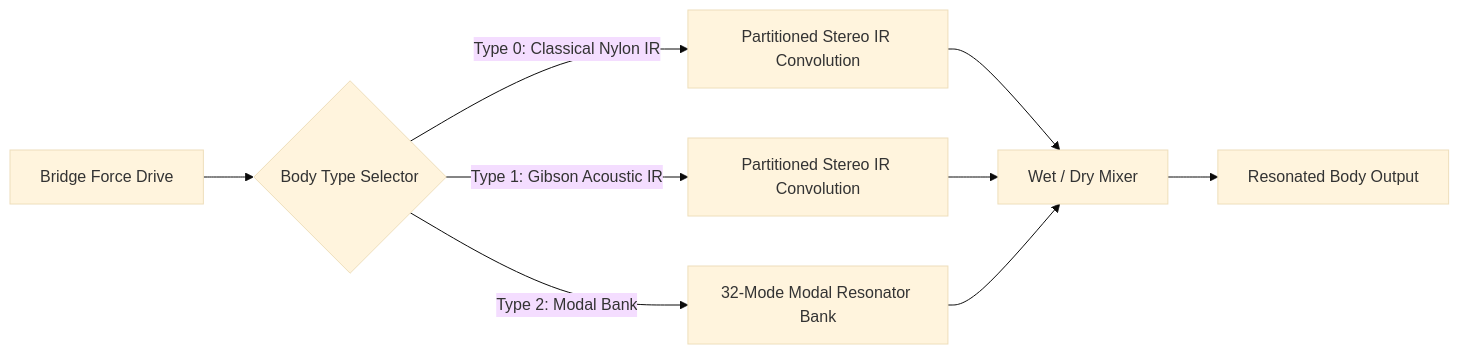
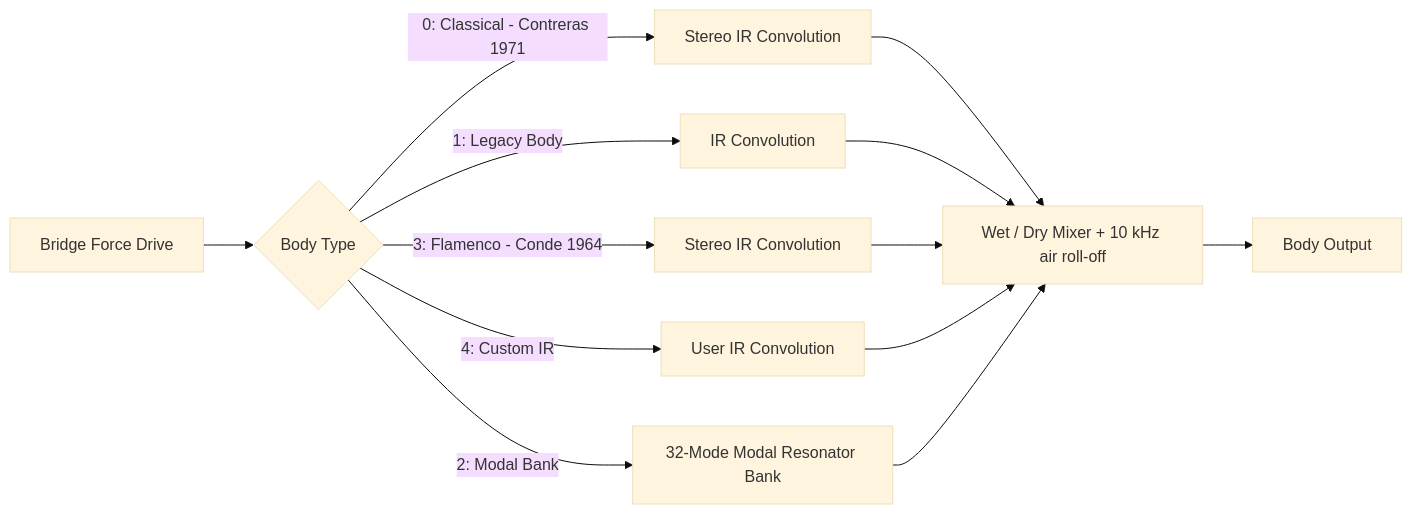
Before and after one commit to KhoiLe12/Capstone: the diagram in docs/wiki/04_body_and_bridge_acoustics.md, drawn with Mermaid (base theme). The commit also changed other lines of this file and 25 other files, not shown here.

Commit message:
feat(dsp): measured classical and flamenco body IRs, custom IR loading (v68.f)

````diff
--- a/docs/wiki/04_body_and_bridge_acoustics.md
+++ b/docs/wiki/04_body_and_bridge_acoustics.md
@@ -37,12 +37,15 @@
 ```mermaid
 flowchart LR
-    BridgeForce[Bridge Force Drive] --> BodySelect{Body Type Selector}
-    BodySelect -->|Type 0: Classical Nylon IR| IRConv0[Partitioned Stereo IR Convolution]
-    BodySelect -->|Type 1: Gibson Acoustic IR| IRConv1[Partitioned Stereo IR Convolution]
-    BodySelect -->|Type 2: Modal Bank| Modal32[32-Mode Modal Resonator Bank]
-    
-    IRConv0 --> WetMix[Wet / Dry Mixer]
-    IRConv1 --> WetMix
+    BridgeForce[Bridge Force Drive] --> BodySelect{Body Type}
+    BodySelect -->|0: Classical - Contreras 1971| IR0[Stereo IR Convolution]
+    BodySelect -->|1: Legacy Body| IR1[IR Convolution]
+    BodySelect -->|2: Modal Bank| Modal32[32-Mode Modal Resonator Bank]
+    BodySelect -->|3: Flamenco - Conde 1964| IR3[Stereo IR Convolution]
+    BodySelect -->|4: Custom IR| IR4[User IR Convolution]
+    IR0 --> WetMix[Wet / Dry Mixer + 10 kHz air roll-off]
+    IR1 --> WetMix
+    IR3 --> WetMix
+    IR4 --> WetMix
     Modal32 --> WetMix
-    WetMix --> BodyOut[Resonated Body Output]
+    WetMix --> BodyOut[Body Output]
 ```
````
